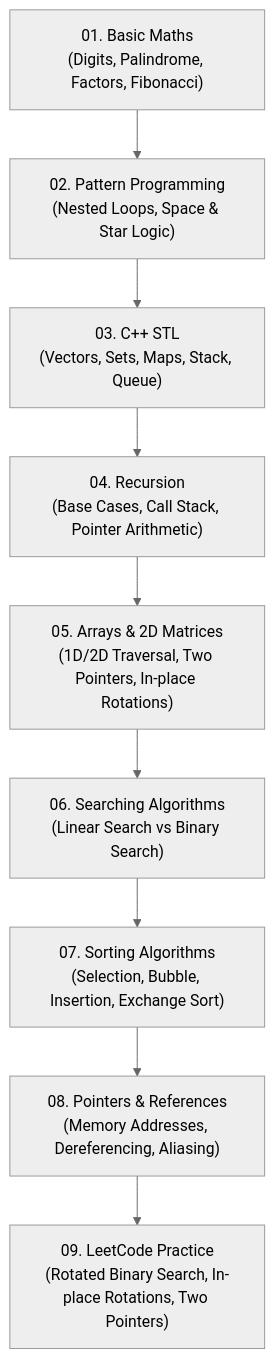
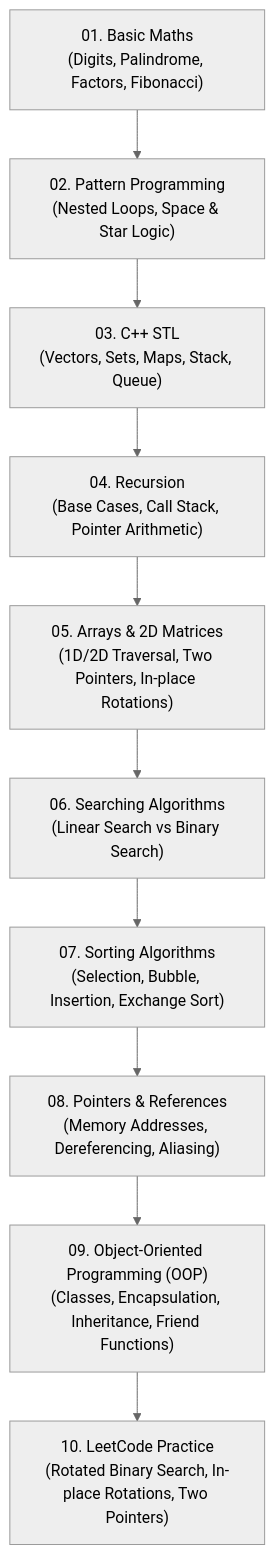
Before and after one commit to niteshxedev-byte/DSA_CPP: the diagram in README.md, drawn with Mermaid (neutral theme). The commit also changed other lines of this file and 9 other files, not shown here.

````diff
--- a/README.md
+++ b/README.md
@@ -11,11 +11,12 @@
 ```mermaid
 flowchart TD
     A["01. Basic Maths<br/>(Digits, Palindrome, Factors, Fibonacci)"] --> B["02. Pattern Programming<br/>(Nested Loops, Space & Star Logic)"]
     B --> C["03. C++ STL<br/>(Vectors, Sets, Maps, Stack, Queue)"]
     C --> D["04. Recursion<br/>(Base Cases, Call Stack, Pointer Arithmetic)"]
     D --> E["05. Arrays & 2D Matrices<br/>(1D/2D Traversal, Two Pointers, In-place Rotations)"]
     E --> F["06. Searching Algorithms<br/>(Linear Search vs Binary Search)"]
     F --> G["07. Sorting Algorithms<br/>(Selection, Bubble, Insertion, Exchange Sort)"]
     G --> H["08. Pointers & References<br/>(Memory Addresses, Dereferencing, Aliasing)"]
-    H --> I["09. LeetCode Practice<br/>(Rotated Binary Search, In-place Rotations, Two Pointers)"]
+    H --> I["09. Object-Oriented Programming (OOP)<br/>(Classes, Encapsulation, Inheritance, Friend Functions)"]
+    I --> J["10. LeetCode Practice<br/>(Rotated Binary Search, In-place Rotations, Two Pointers)"]
 ```
````
